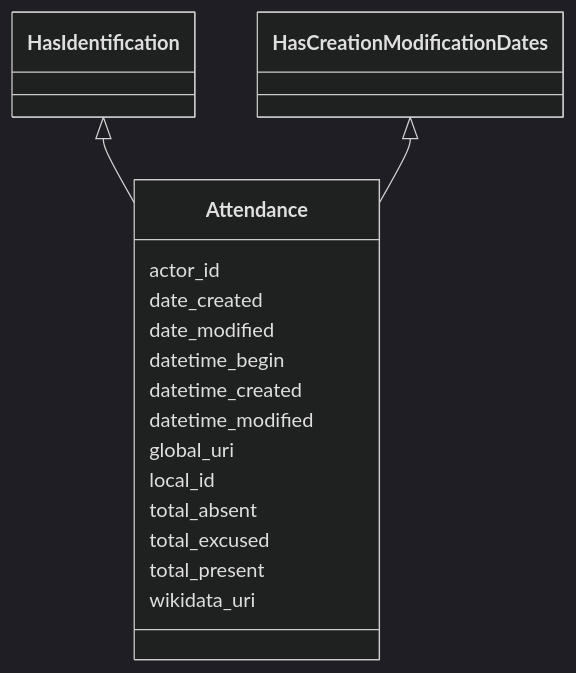
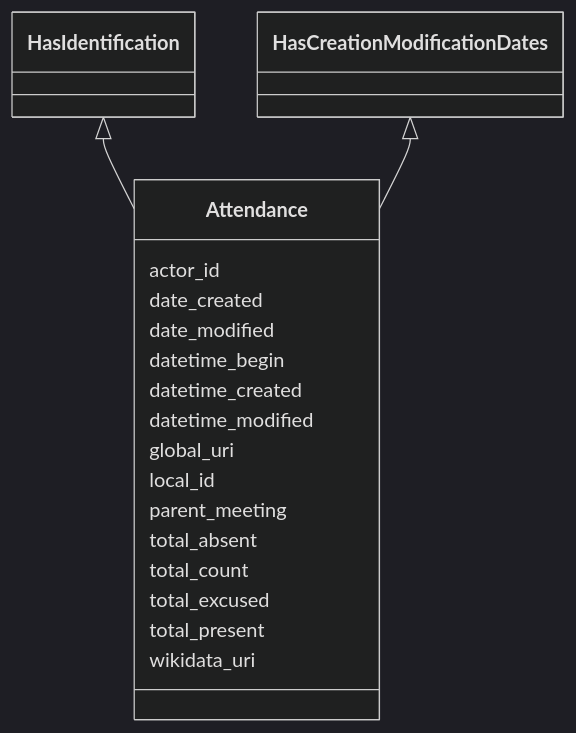
One commit to swiss/political-affairs-ech-group changed the diagram in ech-0293_operations/output/docs/Attendance.md. Above: the diagram before and after it, drawn with Mermaid (dark theme). The commit also changed other lines of this file and 65 other files, not shown here.

````diff
--- a/ech-0293_operations/output/docs/Attendance.md
+++ b/ech-0293_operations/output/docs/Attendance.md
@@ -22,35 +22,39 @@
 ```mermaid
  classDiagram
     class Attendance
     click Attendance href "../Attendance/"
       HasIdentification <|-- Attendance
         click HasIdentification href "../HasIdentification/"
       HasCreationModificationDates <|-- Attendance
         click HasCreationModificationDates href "../HasCreationModificationDates/"
       
       Attendance : actor_id
         
       Attendance : date_created
         
       Attendance : date_modified
         
       Attendance : datetime_begin
         
       Attendance : datetime_created
         
       Attendance : datetime_modified
         
       Attendance : global_uri
         
       Attendance : local_id
         
+      Attendance : parent_meeting
+        
       Attendance : total_absent
+        
+      Attendance : total_count
         
       Attendance : total_excused
         
       Attendance : total_present
         
       Attendance : wikidata_uri
         
       
 ```
````
